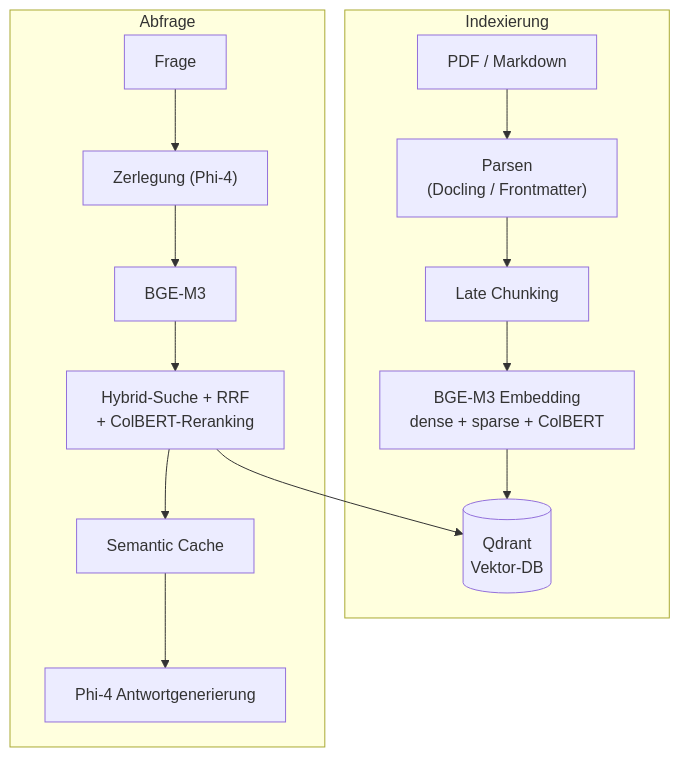
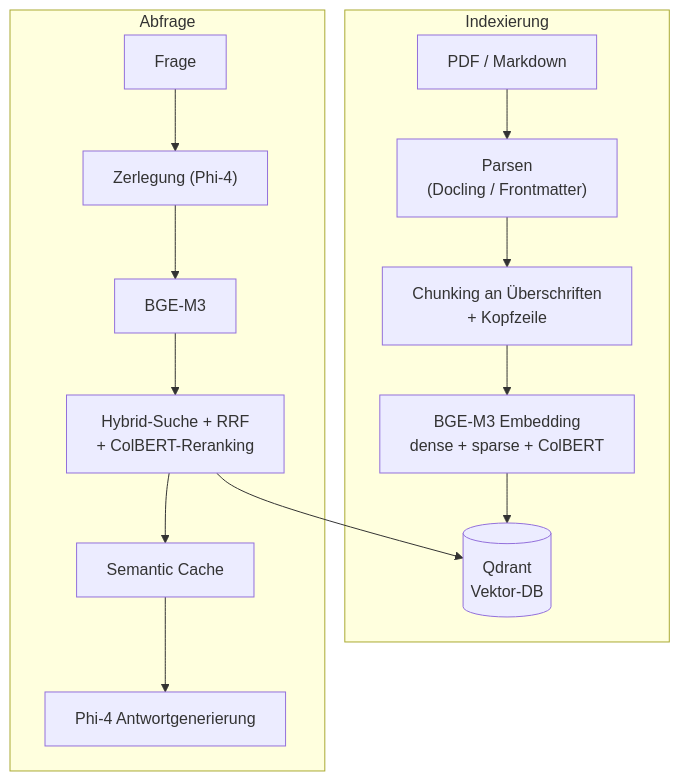
One commit to charlieLucke/titan changed the first of 2 diagrams in README.md. Above: the diagram before and after it, drawn with Mermaid. The commit also changed other lines of this file and 5 other files, not shown here.

First line of the commit message:
docs: Late Chunking aus, Messungen und verworfene Hebel festhalten

````diff
--- a/README.md
+++ b/README.md
@@ -25,17 +25,17 @@
 ```mermaid
 flowchart TB
     subgraph Ingest["Indexierung"]
         PDF["PDF / Markdown"] --> P["Parsen<br/>(Docling / Frontmatter)"]
-        P --> LC["Late Chunking"]
+        P --> LC["Chunking an Überschriften<br/>+ Kopfzeile"]
         LC --> EMB["BGE-M3 Embedding<br/>dense + sparse + ColBERT"]
         EMB --> Q[("Qdrant<br/>Vektor-DB")]
     end
     subgraph Query["Abfrage"]
         Qu["Frage"] --> DEC["Zerlegung (Phi-4)"]
         DEC --> EMB2["BGE-M3"]
         EMB2 --> SR["Hybrid-Suche + RRF<br/>+ ColBERT-Reranking"]
         SR --> Q
         SR --> CACHE["Semantic Cache"]
         CACHE --> GEN["Phi-4 Antwortgenerierung"]
     end
 ```
````
